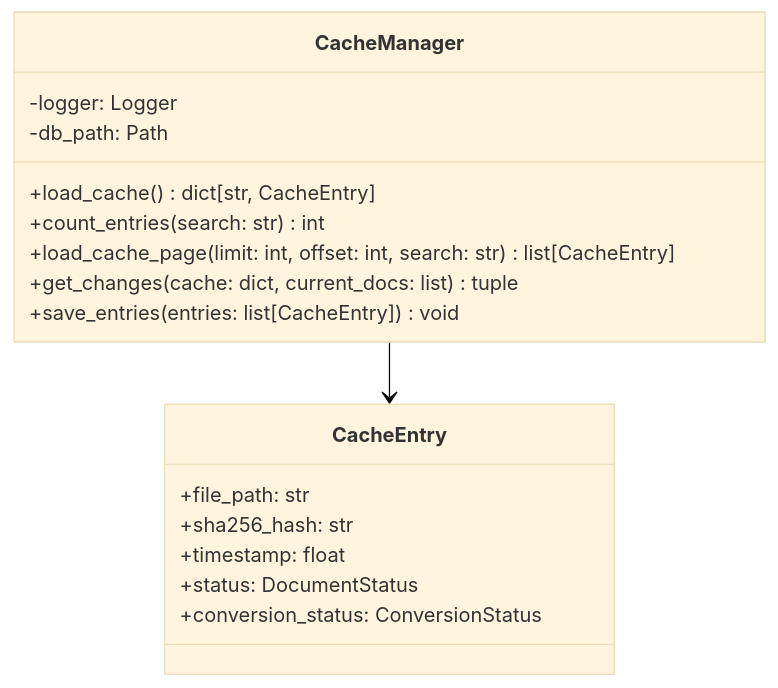
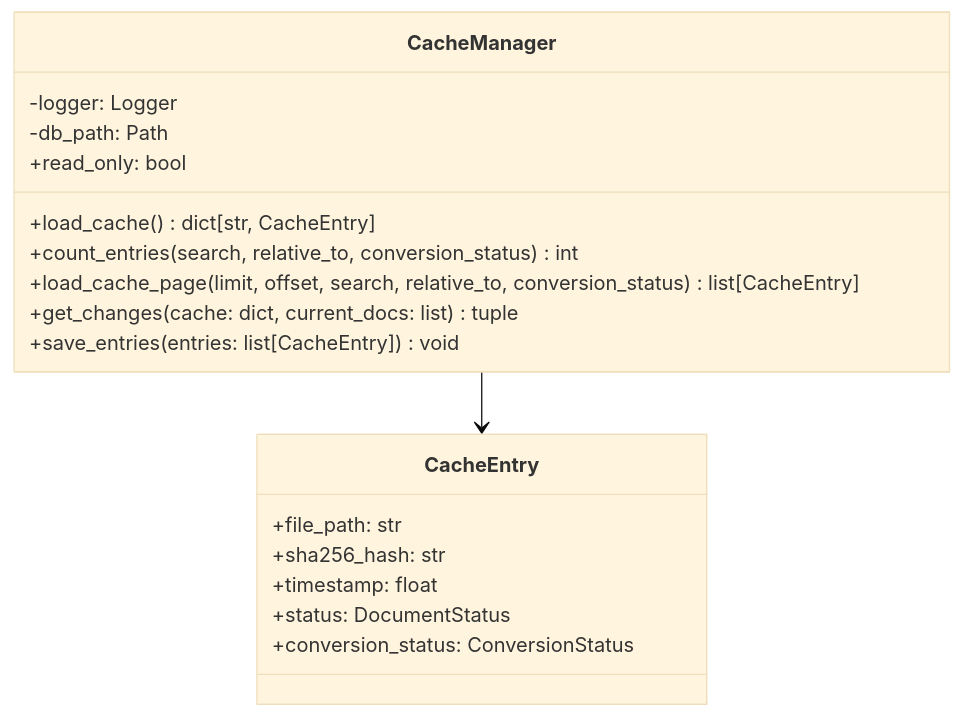
One commit to fmanza/doc_organize changed the diagram in docs/api/cache.md. Above: the diagram before and after it, drawn with Mermaid (base theme). The commit also changed other lines of this file and 25 other files, not shown here.

````diff
--- a/docs/api/cache.md
+++ b/docs/api/cache.md
@@ -7,22 +7,23 @@
 ```mermaid
 classDiagram
     class CacheManager {
         -logger: Logger
         -db_path: Path
         +load_cache() dict[str, CacheEntry]
-        +count_entries(search: str) int
-        +load_cache_page(limit: int, offset: int, search: str) list[CacheEntry]
+        +read_only: bool
+        +count_entries(search, relative_to, conversion_status) int
+        +load_cache_page(limit, offset, search, relative_to, conversion_status) list[CacheEntry]
         +get_changes(cache: dict, current_docs: list) tuple
         +save_entries(entries: list[CacheEntry]) void
     }
     
     class CacheEntry {
         +file_path: str
         +sha256_hash: str
         +timestamp: float
         +status: DocumentStatus
         +conversion_status: ConversionStatus
     }
     
     CacheManager --> CacheEntry
 ```
````
